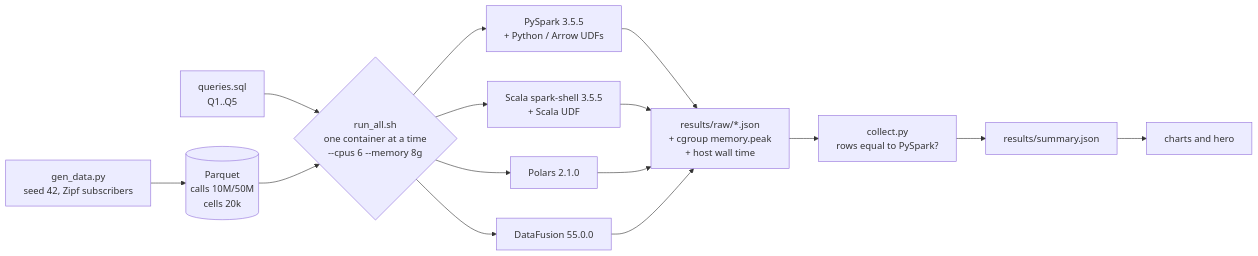
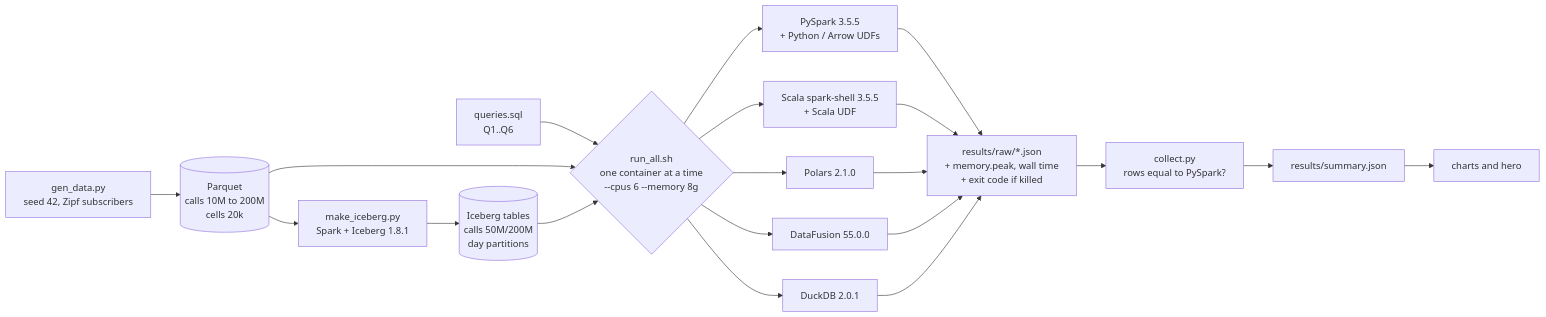
One commit to masterfabric/masterfabric-spark-rust-bench changed the diagram in README.md. Above: the diagram before and after it, drawn with Mermaid. The commit also changed other lines of this file, not shown here.

First line of the commit message:
README: DuckDB, Iceberg reads and scaling to 200M rows, with figures 1-6, failures and limitations

````diff
--- a/README.md
+++ b/README.md
@@ -87,13 +154,16 @@
 ```mermaid
 flowchart LR
-  G[gen_data.py<br/>seed 42, Zipf subscribers] --> P[(Parquet<br/>calls 10M/50M<br/>cells 20k)]
-  S[queries.sql<br/>Q1..Q5] --> E
+  G[gen_data.py<br/>seed 42, Zipf subscribers] --> P[(Parquet<br/>calls 10M to 200M<br/>cells 20k)]
+  P --> I[make_iceberg.py<br/>Spark + Iceberg 1.8.1] --> T[(Iceberg tables<br/>calls 50M/200M<br/>day partitions)]
+  S[queries.sql<br/>Q1..Q6] --> E
   P --> E{run_all.sh<br/>one container at a time<br/>--cpus 6 --memory 8g}
+  T --> E
   E --> PS[PySpark 3.5.5<br/>+ Python / Arrow UDFs]
   E --> SC[Scala spark-shell 3.5.5<br/>+ Scala UDF]
   E --> PL[Polars 2.1.0]
   E --> DF[DataFusion 55.0.0]
-  PS & SC & PL & DF --> R[results/raw/*.json<br/>+ cgroup memory.peak<br/>+ host wall time]
+  E --> DD[DuckDB 2.0.1]
+  PS & SC & PL & DF & DD --> R[results/raw/*.json<br/>+ memory.peak, wall time<br/>+ exit code if killed]
   R --> C[collect.py<br/>rows equal to PySpark?]
   C --> J[results/summary.json] --> V[charts and hero]
 ```
````
